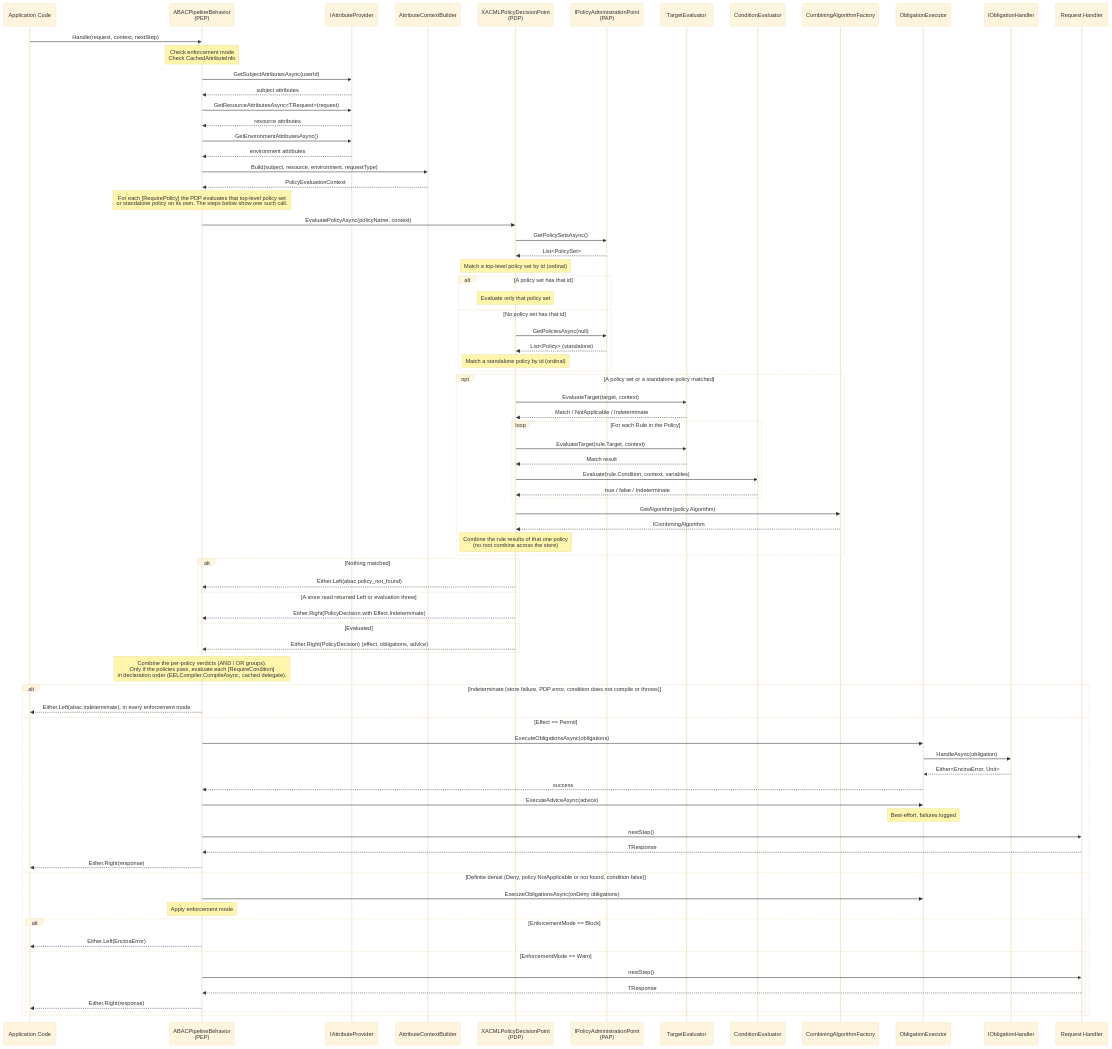
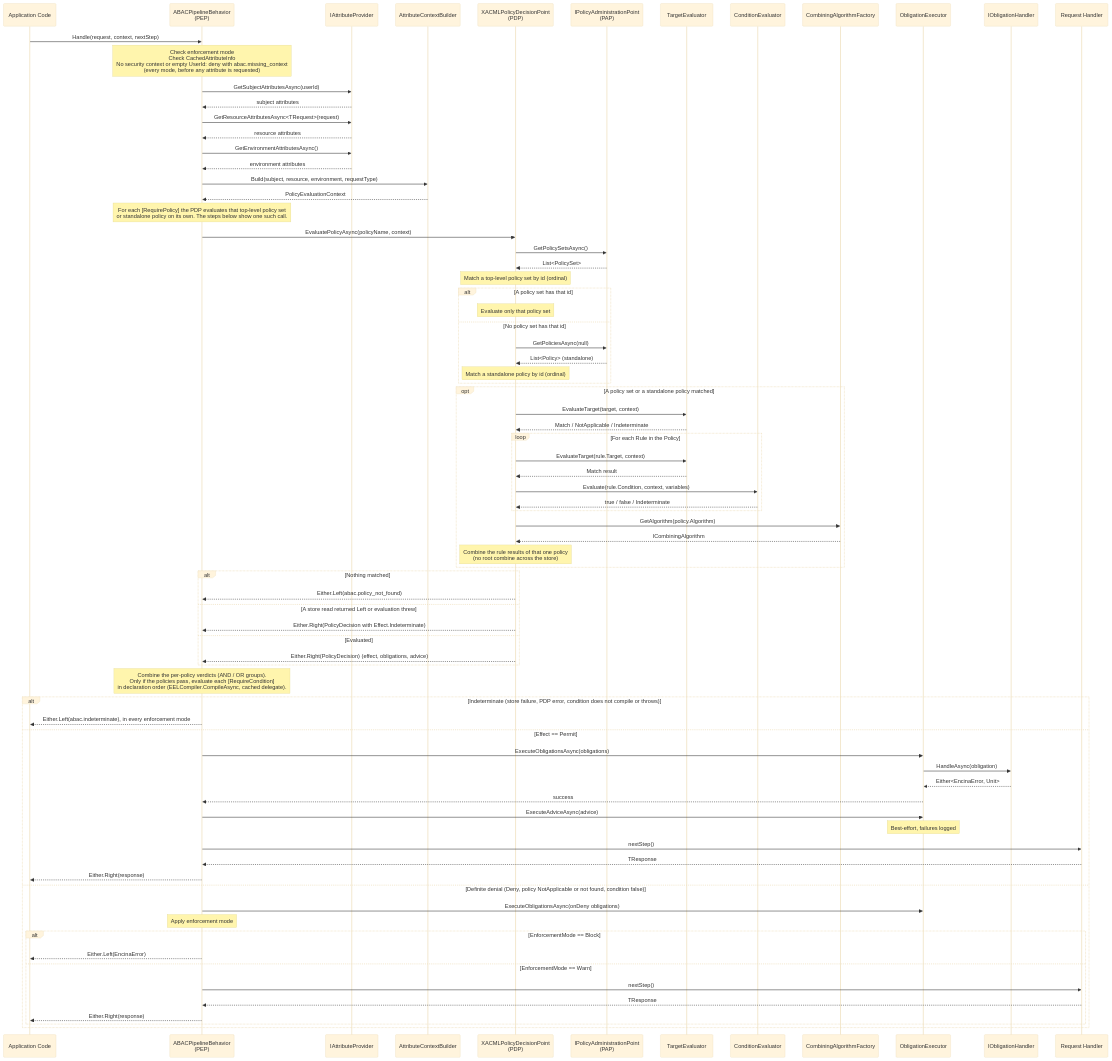
Before and after one commit to dlrivada/Encina: the third of 4 diagrams in docs/features/abac/xacml/architecture.md, drawn with Mermaid (base theme). The commit also changed other lines of this file and 9 other files, not shown here.

Commit message:
docs(abac): document fail-closed missing context, whole-store PDP Indeterminate and fixed evaluation_failed message (#1676)

```diff
--- a/docs/features/abac/xacml/architecture.md
+++ b/docs/features/abac/xacml/architecture.md
@@ -483,7 +486,7 @@
     participant Handler as Request Handler
 
     App->>PEP: Handle(request, context, nextStep)
-    Note over PEP: Check enforcement mode<br/>Check CachedAttributeInfo
+    Note over PEP: Check enforcement mode<br/>Check CachedAttributeInfo<br/>No security context or empty UserId: deny with abac.missing_context<br/>(every mode, before any attribute is requested)
 
     PEP->>AP: GetSubjectAttributesAsync(userId)
     AP-->>PEP: subject attributes
```
